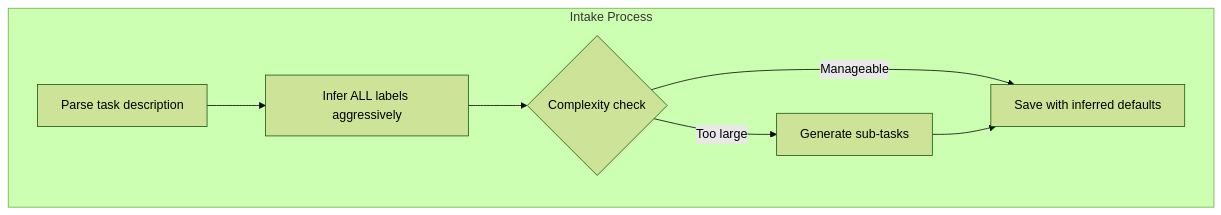
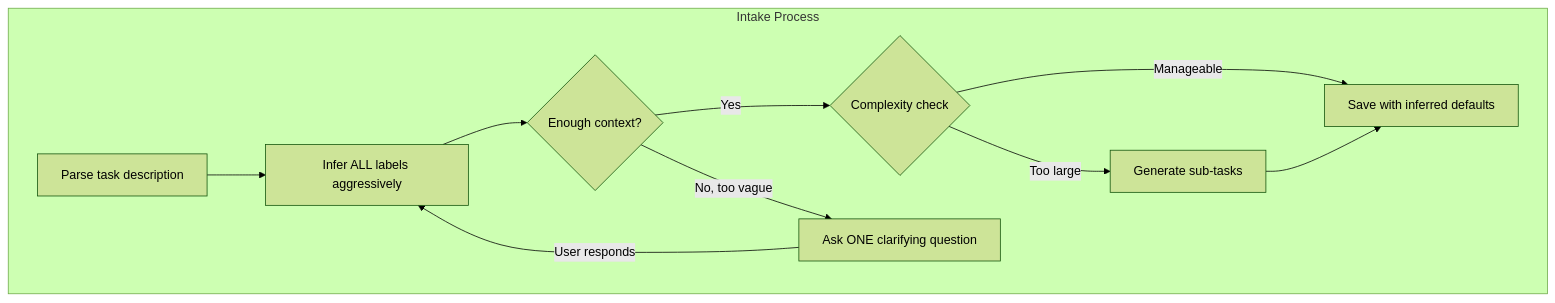
The third of 24 diagrams in docs/ai-prompts.md (NickBorgersProbably/hide-my-list), drawn with Mermaid (forest theme) before and after one commit. The commit also changed other lines of this file and 2 other files, not shown here.

First line of the commit message:
Allow up to 3 clarifying questions for vague tasks during intake

````diff
--- a/docs/ai-prompts.md
+++ b/docs/ai-prompts.md
@@ -134,16 +134,21 @@
 ```mermaid
 flowchart TD
     subgraph Process["Intake Process"]
         Parse[Parse task description]
         Infer[Infer ALL labels aggressively]
+        Sufficient{Enough context?}
+        Clarify[Ask ONE clarifying question]
         Complexity{Complexity check}
         Breakdown[Generate sub-tasks]
         Save[Save with inferred defaults]
     end
 
     Parse --> Infer
-    Infer --> Complexity
+    Infer --> Sufficient
+    Sufficient -->|Yes| Complexity
+    Sufficient -->|No, too vague| Clarify
+    Clarify -->|User responds| Infer
     Complexity -->|Too large| Breakdown
     Complexity -->|Manageable| Save
     Breakdown --> Save
 ```
````
